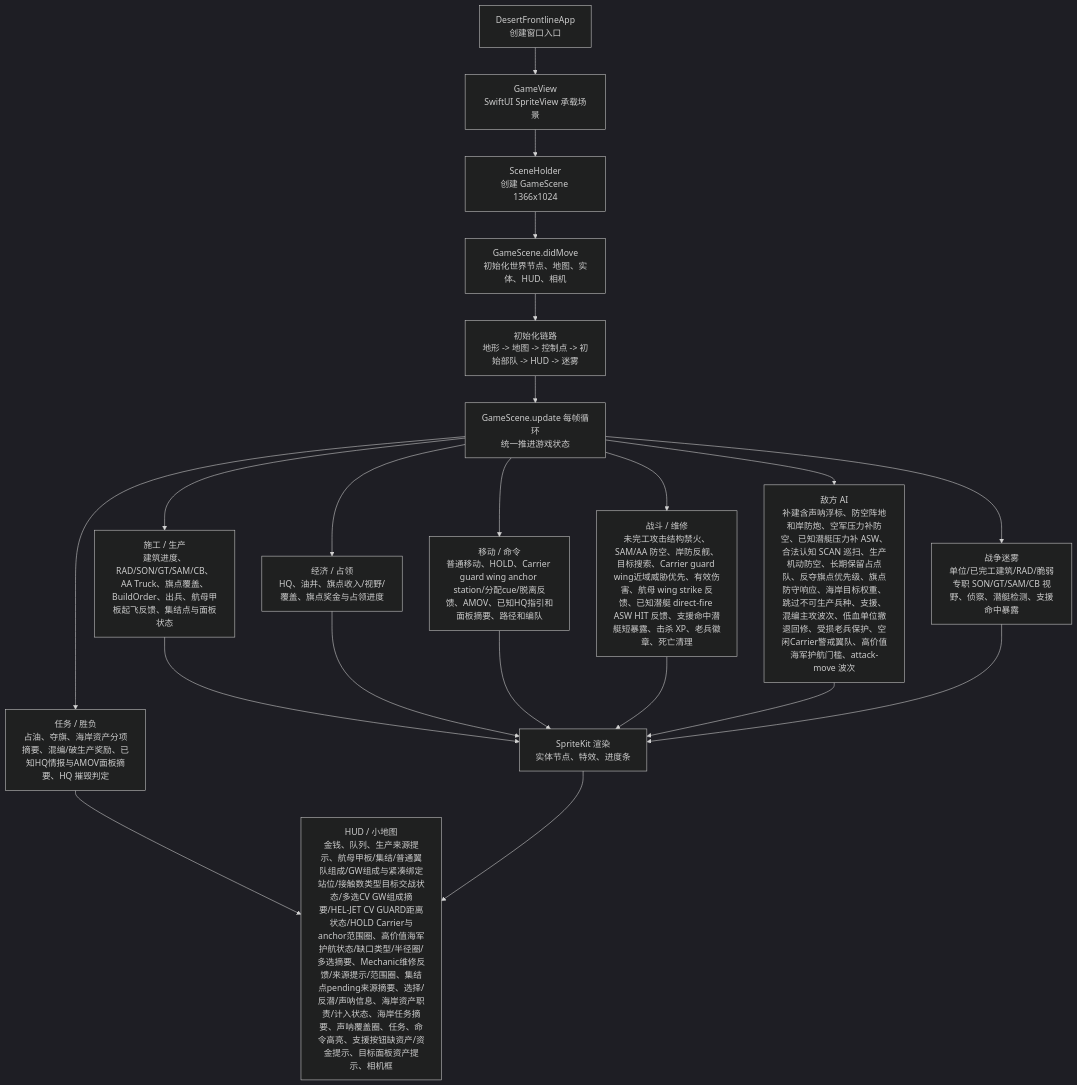
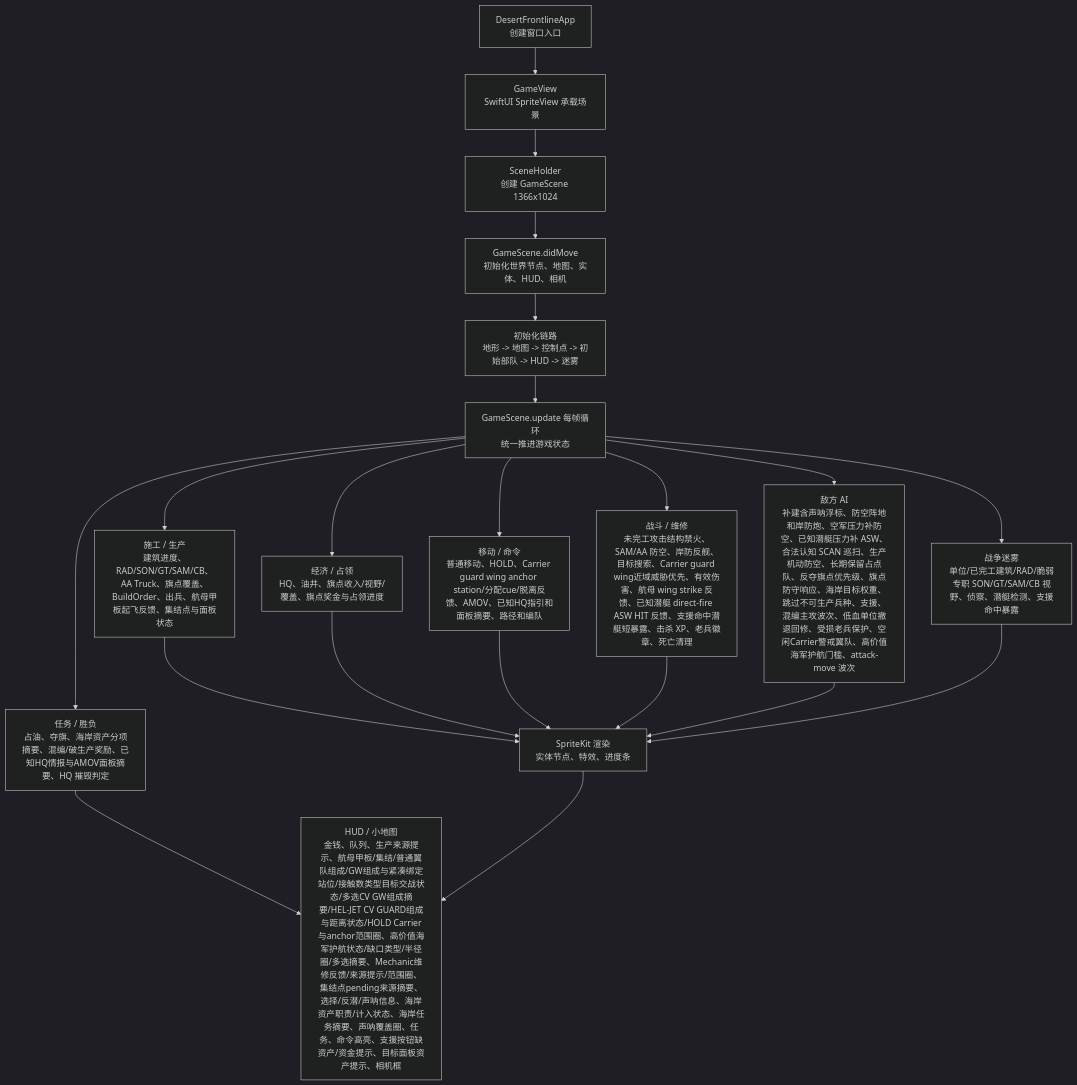
One commit to Altman-sam114/1145 changed the first of 3 diagrams in md/flow/flowchart.md. Above: the diagram before and after it, drawn with Mermaid (dark theme). The commit also changed 4 other files, not shown here.

````diff
--- a/md/flow/flowchart.md
+++ b/md/flow/flowchart.md
@@ -9,23 +9,23 @@
 ```mermaid
 flowchart TD
   App["DesertFrontlineApp\n创建窗口入口"] --> View["GameView\nSwiftUI SpriteView 承载场景"]
   View --> Holder["SceneHolder\n创建 GameScene 1366x1024"]
   Holder --> Scene["GameScene.didMove\n初始化世界节点、地图、实体、HUD、相机"]
   Scene --> Init["初始化链路\n地形 -> 地图 -> 控制点 -> 初始部队 -> HUD -> 迷雾"]
   Init --> Loop["GameScene.update 每帧循环\n统一推进游戏状态"]
   Loop --> Build["施工 / 生产\n建筑进度、RAD/SON/GT/SAM/CB、AA Truck、旗点覆盖、BuildOrder、出兵、航母甲板起飞反馈、集结点与面板状态"]
   Loop --> Economy["经济 / 占领\nHQ、油井、旗点收入/视野/覆盖、旗点奖金与占领进度"]
   Loop --> Commands["移动 / 命令\n普通移动、HOLD、Carrier guard wing anchor station/分配cue/脱离反馈、AMOV、已知HQ指引和面板摘要、路径和编队"]
   Loop --> Combat["战斗 / 维修\n未完工攻击结构禁火、SAM/AA 防空、岸防反舰、目标搜索、Carrier guard wing近域威胁优先、有效伤害、航母 wing strike 反馈、已知潜艇 direct-fire ASW HIT 反馈、支援命中潜艇短暴露、击杀 XP、老兵徽章、死亡清理"]
   Loop --> AI["敌方 AI\n补建含声呐浮标、防空阵地和岸防炮、空军压力补防空、已知潜艇压力补 ASW、合法认知 SCAN 巡扫、生产机动防空、长期保留占点队、反夺旗点优先级、旗点防守响应、海岸目标权重、跳过不可生产兵种、支援、混编主攻波次、低血单位撤退回修、受损老兵保护、空闲Carrier警戒翼队、高价值海军护航门槛、attack-move 波次"]
   Loop --> Fog["战争迷雾\n单位/已完工建筑/RAD/脆弱专职 SON/GT/SAM/CB 视野、侦察、潜艇检测、支援命中暴露"]
   Loop --> Mission["任务 / 胜负\n占油、夺旗、海岸资产分项摘要、混编/破生产奖励、已知HQ情报与AMOV面板摘要、HQ 摧毁判定"]
   Build --> Render["SpriteKit 渲染\n实体节点、特效、进度条"]
   Economy --> Render
   Commands --> Render
   Combat --> Render
   AI --> Render
   Fog --> Render
-  Mission --> HUD["HUD / 小地图\n金钱、队列、生产来源提示、航母甲板/集结/普通翼队组成/GW组成与紧凑绑定站位/接触数类型目标交战状态/多选CV GW组成摘要/HEL-JET CV GUARD距离状态/HOLD Carrier与anchor范围圈、高价值海军护航状态/缺口类型/半径圈/多选摘要、Mechanic维修反馈/来源提示/范围圈、集结点pending来源摘要、选择/反潜/声呐信息、海岸资产职责/计入状态、海岸任务摘要、声呐覆盖圈、任务、命令高亮、支援按钮缺资产/资金提示、目标面板资产提示、相机框"]
+  Mission --> HUD["HUD / 小地图\n金钱、队列、生产来源提示、航母甲板/集结/普通翼队组成/GW组成与紧凑绑定站位/接触数类型目标交战状态/多选CV GW组成摘要/HEL-JET CV GUARD组成与距离状态/HOLD Carrier与anchor范围圈、高价值海军护航状态/缺口类型/半径圈/多选摘要、Mechanic维修反馈/来源提示/范围圈、集结点pending来源摘要、选择/反潜/声呐信息、海岸资产职责/计入状态、海岸任务摘要、声呐覆盖圈、任务、命令高亮、支援按钮缺资产/资金提示、目标面板资产提示、相机框"]
   Render --> HUD
 ```
````
